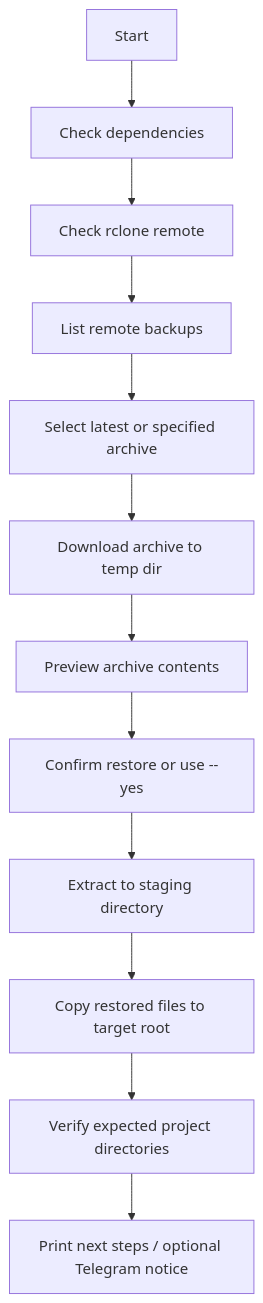
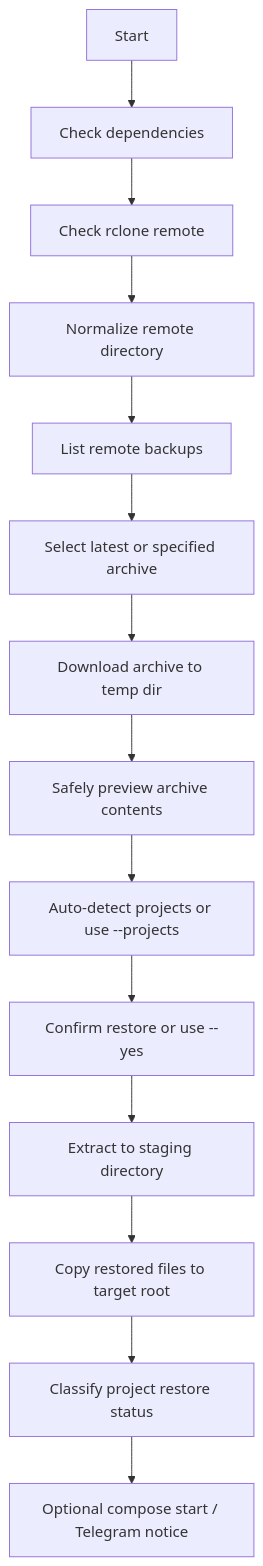
One commit to lbjxr/docker-restore-tool changed the diagram in README.md. Above: the diagram before and after it, drawn with Mermaid. The commit also changed other lines of this file and 3 other files, not shown here.

````diff
--- a/README.md
+++ b/README.md
@@ -339,14 +368,16 @@
 ```mermaid
 flowchart TD
     A[Start] --> B[Check dependencies]
     B --> C[Check rclone remote]
-    C --> D[List remote backups]
-    D --> E[Select latest or specified archive]
-    E --> F[Download archive to temp dir]
-    F --> G[Preview archive contents]
-    G --> H[Confirm restore or use --yes]
-    H --> I[Extract to staging directory]
-    I --> J[Copy restored files to target root]
-    J --> K[Verify expected project directories]
-    K --> L[Print next steps / optional Telegram notice]
+    C --> D[Normalize remote directory]
+    D --> E[List remote backups]
+    E --> F[Select latest or specified archive]
+    F --> G[Download archive to temp dir]
+    G --> H[Safely preview archive contents]
+    H --> I[Auto-detect projects or use --projects]
+    I --> J[Confirm restore or use --yes]
+    J --> K[Extract to staging directory]
+    K --> L[Copy restored files to target root]
+    L --> M[Classify project restore status]
+    M --> N[Optional compose start / Telegram notice]
 ```
````
